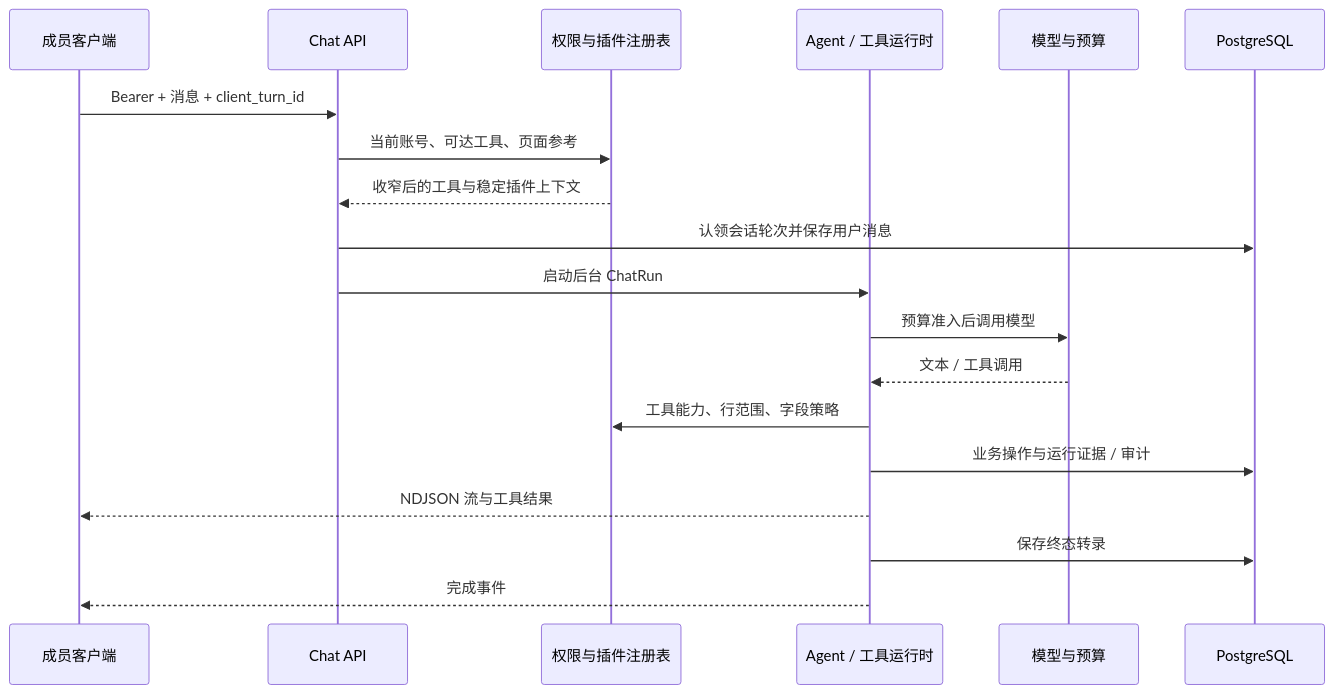
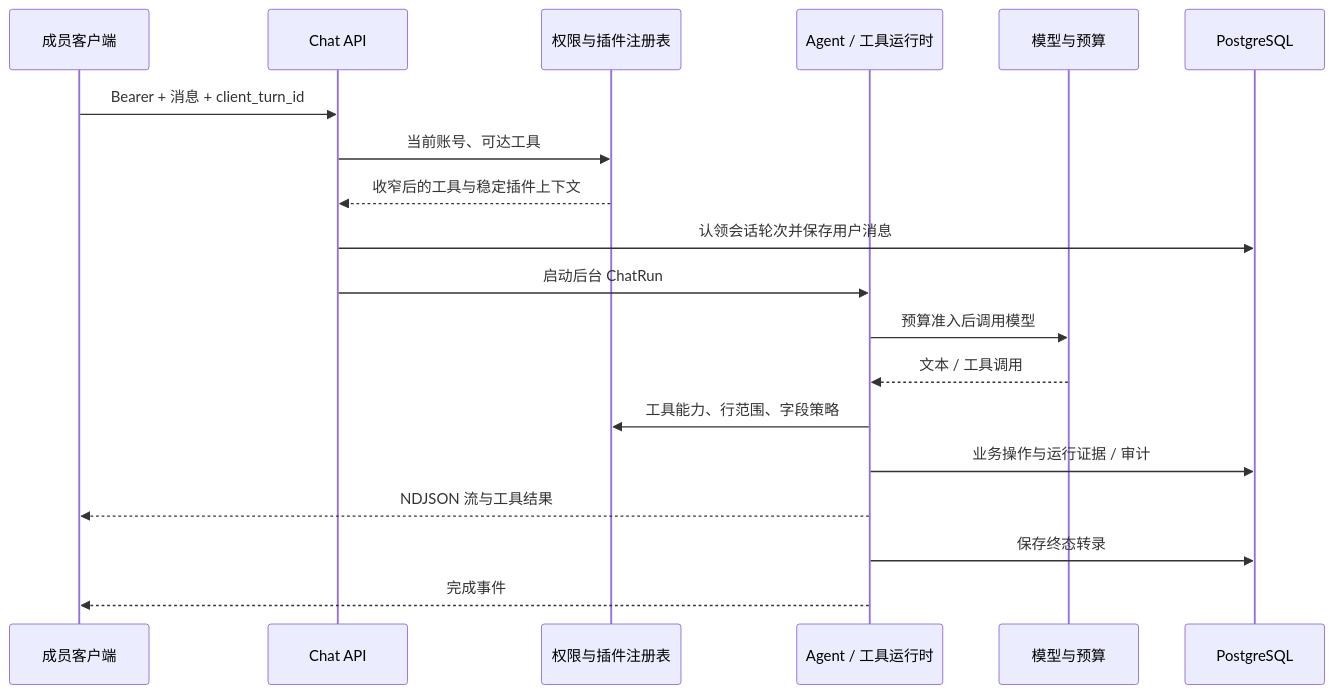
One commit to linjiejim/greenhouse changed the second of 4 diagrams in docs/architecture.md. Above: the diagram before and after it, drawn with Mermaid. The commit also changed other lines of this file and 10 other files, not shown here.

````diff
--- a/docs/architecture.md
+++ b/docs/architecture.md
@@ -97,21 +97,21 @@
 ```mermaid
 sequenceDiagram
   participant U as 成员客户端
   participant A as Chat API
   participant P as 权限与插件注册表
   participant R as Agent / 工具运行时
   participant M as 模型与预算
   participant D as PostgreSQL
   U->>A: Bearer + 消息 + client_turn_id
-  A->>P: 当前账号、可达工具、页面参考
+  A->>P: 当前账号、可达工具
   P-->>A: 收窄后的工具与稳定插件上下文
   A->>D: 认领会话轮次并保存用户消息
   A->>R: 启动后台 ChatRun
   R->>M: 预算准入后调用模型
   M-->>R: 文本 / 工具调用
   R->>P: 工具能力、行范围、字段策略
   R->>D: 业务操作与运行证据 / 审计
   R-->>U: NDJSON 流与工具结果
   R->>D: 保存终态转录
   R-->>U: 完成事件
 ```
````
